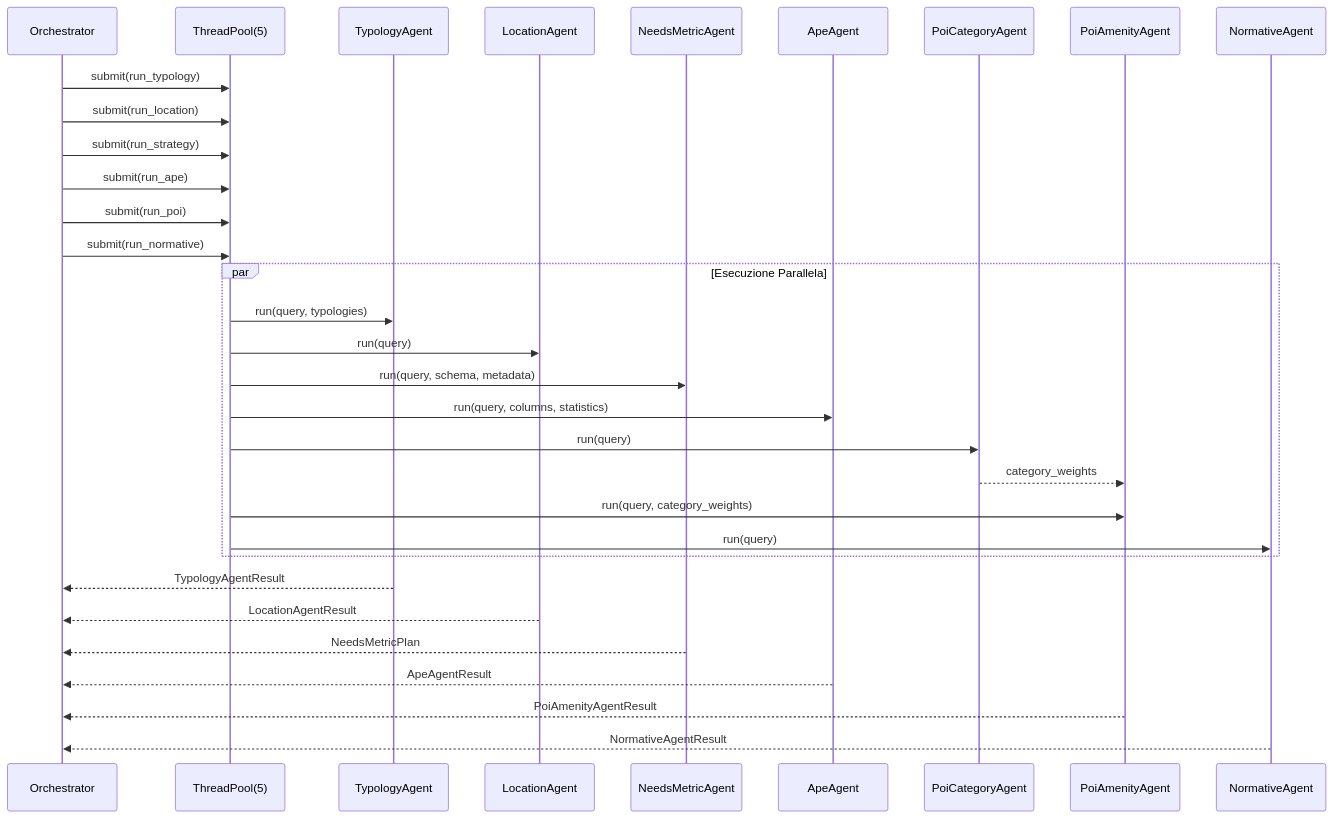
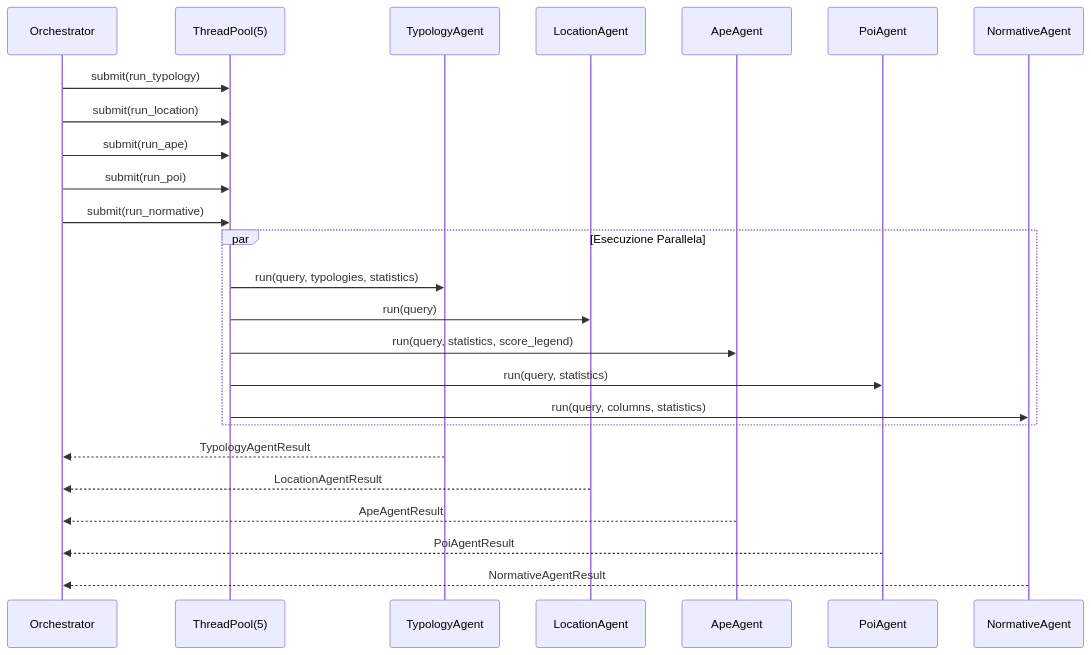
One commit to dbdmg/murena changed the second of 5 diagrams in docs/AGENT_ARCHITECTURE.md. Above: the diagram before and after it, drawn with Mermaid. The commit also changed other lines of this file and 45 other files, not shown here.

````diff
--- a/docs/AGENT_ARCHITECTURE.md
+++ b/docs/AGENT_ARCHITECTURE.md
@@ -85,37 +82,30 @@
 ```mermaid
 sequenceDiagram
     participant O as Orchestrator
     participant TP as ThreadPool(5)
     participant TY as TypologyAgent
     participant LO as LocationAgent
-    participant NM as NeedsMetricAgent
     participant AP as ApeAgent
-    participant PC as PoiCategoryAgent
-    participant PA as PoiAmenityAgent
+    participant PO as PoiAgent
     participant NO as NormativeAgent
 
     O->>TP: submit(run_typology)
     O->>TP: submit(run_location)
-    O->>TP: submit(run_strategy)
     O->>TP: submit(run_ape)
     O->>TP: submit(run_poi)
     O->>TP: submit(run_normative)
 
     par Esecuzione Parallela
-        TP->>TY: run(query, typologies)
+        TP->>TY: run(query, typologies, statistics)
         TP->>LO: run(query)
-        TP->>NM: run(query, schema, metadata)
-        TP->>AP: run(query, columns, statistics)
-        TP->>PC: run(query)
-        PC-->>PA: category_weights
-        TP->>PA: run(query, category_weights)
-        TP->>NO: run(query)
+        TP->>AP: run(query, statistics, score_legend)
+        TP->>PO: run(query, statistics)
+        TP->>NO: run(query, columns, statistics)
     end
 
     TY-->>O: TypologyAgentResult
     LO-->>O: LocationAgentResult
-    NM-->>O: NeedsMetricPlan
     AP-->>O: ApeAgentResult
-    PA-->>O: PoiAmenityAgentResult
+    PO-->>O: PoiAgentResult
     NO-->>O: NormativeAgentResult
 ```
````
